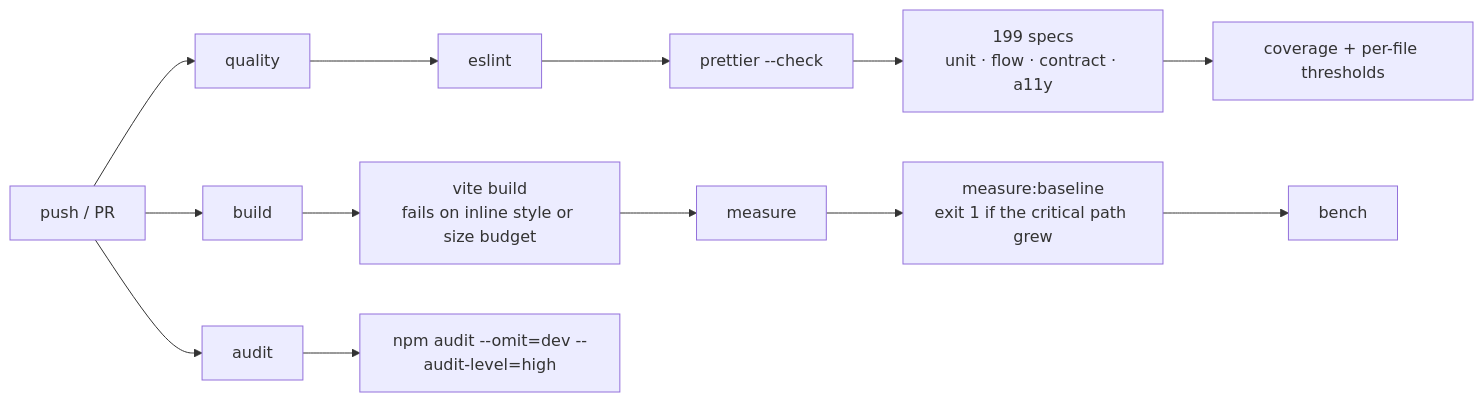
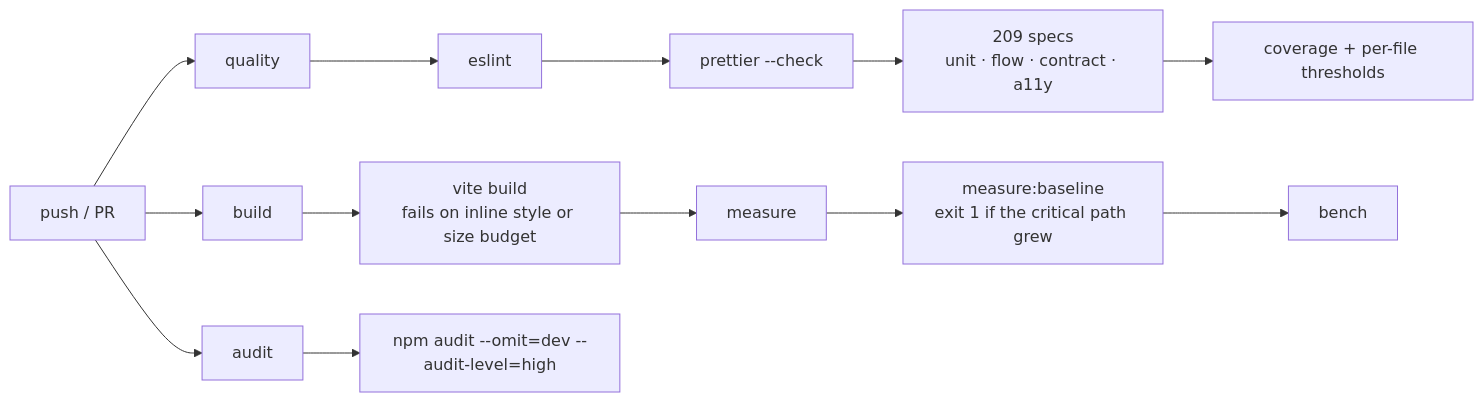
Before and after one commit to YASLOGIST/urlf-up: diagram 11 of 11 in README.md, drawn with Mermaid. The commit also changed other lines of this file and 5 other files, not shown here.

````diff
--- a/README.md
+++ b/README.md
@@ -716,9 +773,9 @@
 ```mermaid
 graph LR
   P["push / PR"] --> Q["quality"]
   P --> B["build"]
   P --> D["audit"]
-  Q --> Q1["eslint"] --> Q2["prettier --check"] --> Q3["199 specs<br/>unit · flow · contract · a11y"] --> Q4["coverage + per-file thresholds"]
+  Q --> Q1["eslint"] --> Q2["prettier --check"] --> Q3["209 specs<br/>unit · flow · contract · a11y"] --> Q4["coverage + per-file thresholds"]
   B --> B1["vite build<br/>fails on inline style or size budget"] --> B2["measure"] --> B3["measure:baseline<br/>exit 1 if the critical path grew"] --> B4["bench"]
   D --> D1["npm audit --omit=dev --audit-level=high"]
 ```
````
